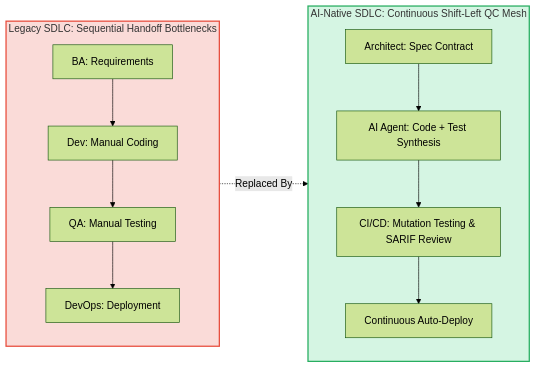
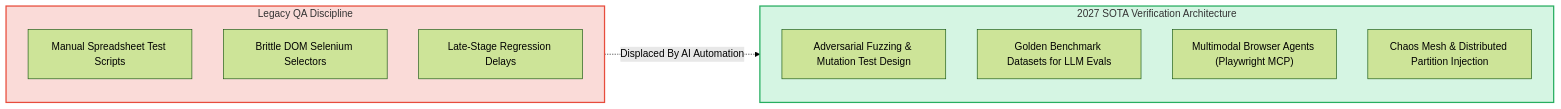
Before and after one commit to vesviet/vesviet: the third of 3 diagrams in content/series/ai-driven-engineer/part-4-blurring-sdlc-lines-and-qc-revolution.md, drawn with Mermaid (forest theme). The commit also changed other lines of this file and 67 other files, not shown here.

````diff
--- a/content/series/ai-driven-engineer/part-4-blurring-sdlc-lines-and-qc-revolution.md
+++ b/content/series/ai-driven-engineer/part-4-blurring-sdlc-lines-and-qc-revolution.md
@@ -39,19 +356,20 @@
 ```mermaid
 flowchart LR
-    subgraph LegacySDLC ["Legacy SDLC: Sequential Handoff Bottlenecks"]
-        L1["BA: Requirements"] --> L2["Dev: Manual Coding"]
-        L2 --> L3["QA: Manual Testing"]
-        L3 --> L4["DevOps: Deployment"]
+    subgraph LegacyQA ["Legacy QA Discipline"]
+        Manual["Manual Spreadsheet Test Scripts"]
+        Brittle["Brittle DOM Selenium Selectors"]
+        Handoff["Late-Stage Regression Delays"]
     end
 
-    subgraph ModernQC ["AI-Native SDLC: Continuous Shift-Left QC Mesh"]
-        M1["Architect: Spec Contract"] --> M2["AI Agent: Code + Test Synthesis"]
-        M2 --> M3["CI/CD: Mutation Testing & SARIF Review"]
-        M3 --> M4["Continuous Auto-Deploy"]
+    subgraph ModernVerification ["2027 SOTA Verification Architecture"]
+        FuzzHarness["Adversarial Fuzzing & Mutation Test Design"]
+        EvalBench["Golden Benchmark Datasets for LLM Evals"]
+        VisionAgents["Multimodal Browser Agents (Playwright MCP)"]
+        ChaosEng["Chaos Mesh & Distributed Partition Injection"]
     end
 
-    LegacySDLC -.->|"Replaced By"| ModernQC
+    LegacyQA -.->|"Displaced By AI Automation"| ModernVerification
 
-    style LegacySDLC fill:#fadbd8,stroke:#e74c3c,stroke-width:2px
-    style ModernQC fill:#d5f5e3,stroke:#27ae60,stroke-width:2px
+    style LegacyQA fill:#fadbd8,stroke:#e74c3c,stroke-width:2px
+    style ModernVerification fill:#d5f5e3,stroke:#27ae60,stroke-width:2px
 ```
````
